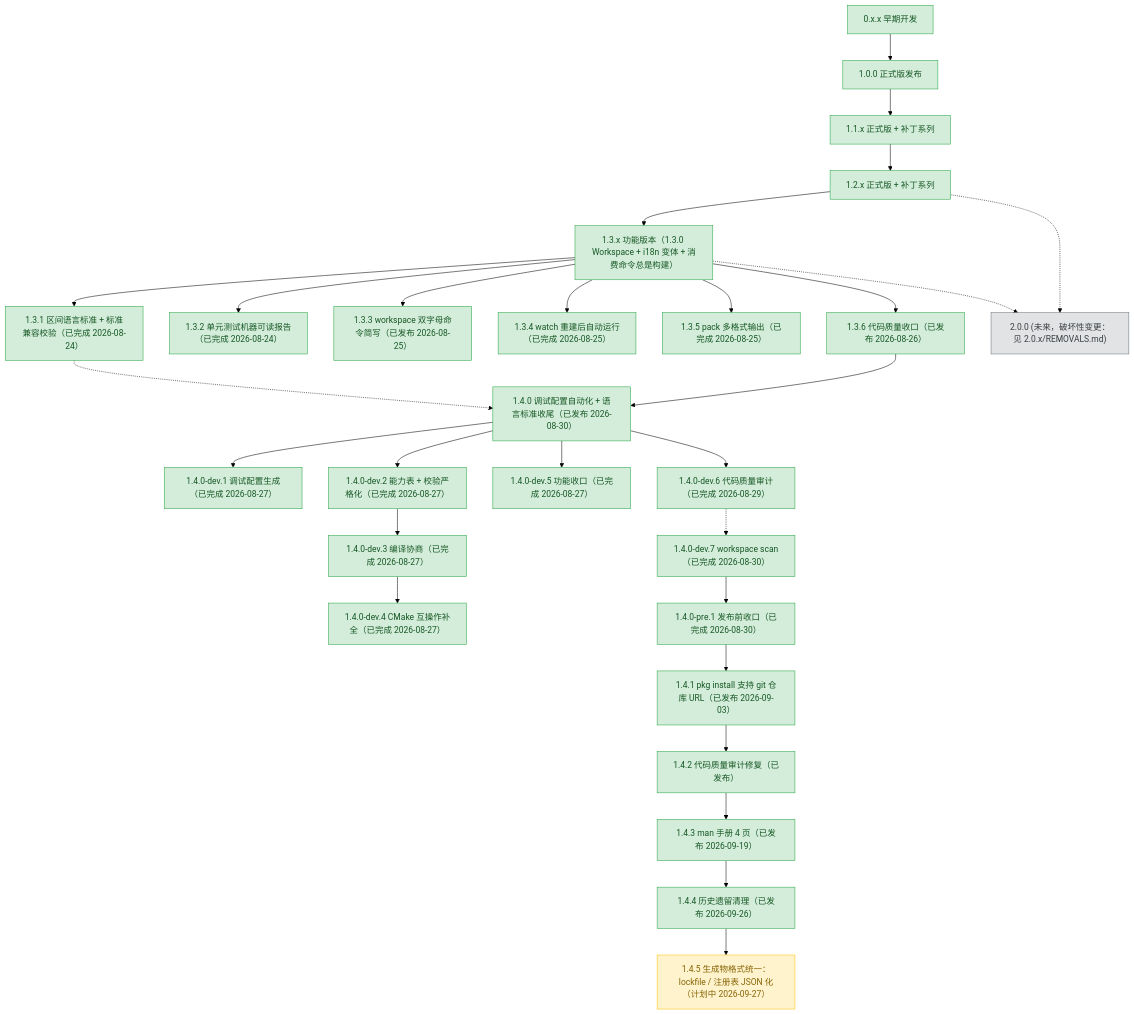
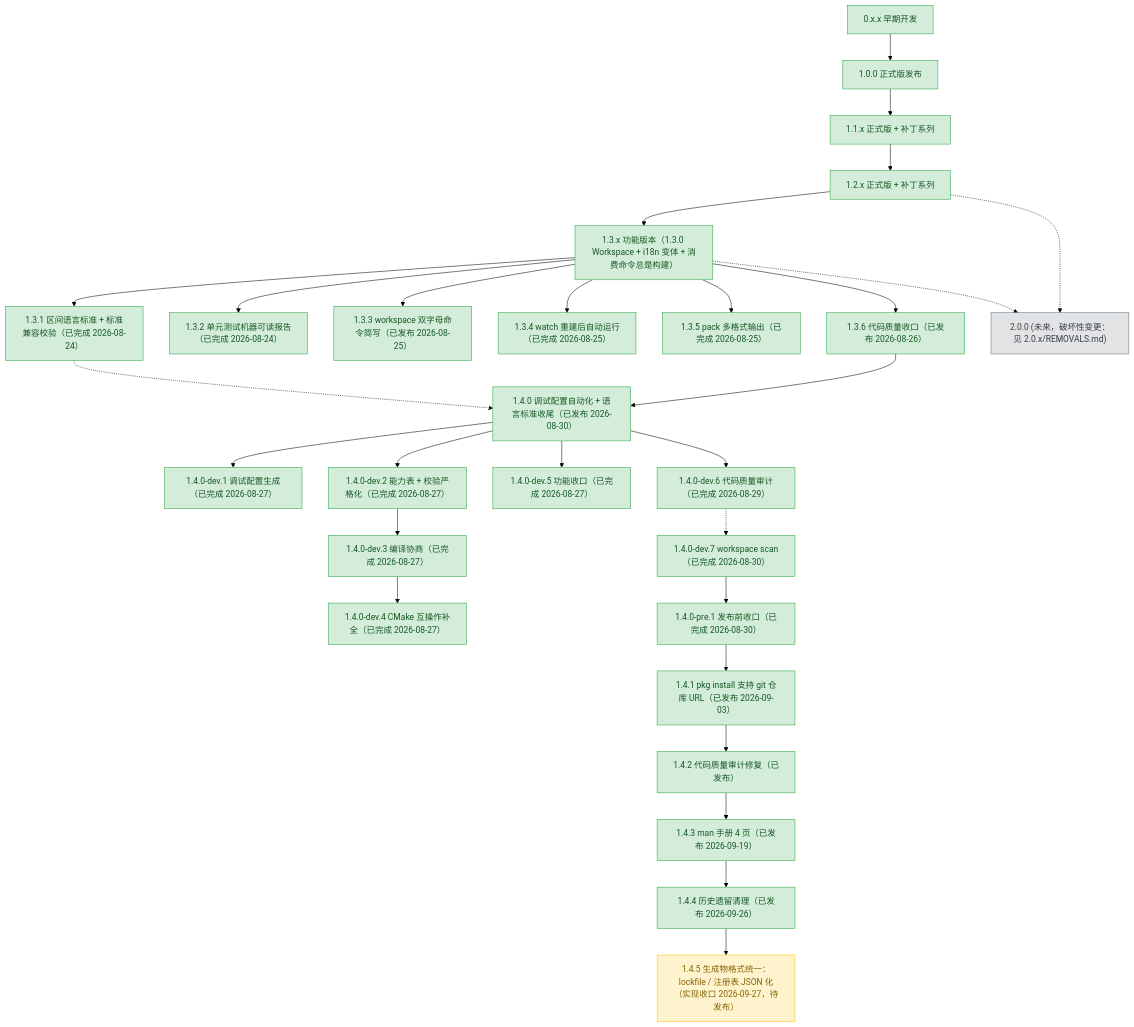
The diagram in plans/README.md (3667808244/EazyMake), drawn with Mermaid (forest theme) before and after one commit. The commit also changed other lines of this file and 4 other files, not shown here.

```diff
--- a/plans/README.md
+++ b/plans/README.md
@@ -98,7 +98,7 @@
     v142p["1.4.2 代码质量审计修复（已发布）"]
     v143p["1.4.3 man 手册 4 页（已发布 2026-09-19）"]
     v144p["1.4.4 历史遗留清理（已发布 2026-09-26）"]
-    v145p["1.4.5 生成物格式统一：lockfile / 注册表 JSON 化（计划中 2026-09-27）"]
+    v145p["1.4.5 生成物格式统一：lockfile / 注册表 JSON 化（实现收口 2026-09-27，待发布）"]
     v200["2.0.0 (未来，破坏性变更：见 2.0.x/REMOVALS.md)"]
 
     v0xx --> v100
```
